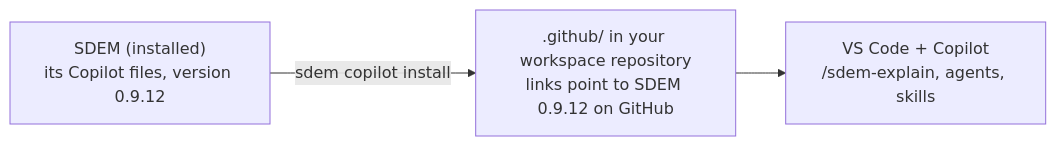
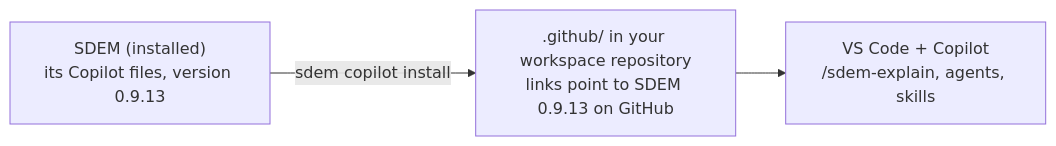
One commit to taumoeps/bian-sdem-framework changed the diagram in docs/design/sdem-copilot-install-design.md. Above: the diagram before and after it, drawn with Mermaid. The commit also changed 26 other files, not shown here.

````diff
--- a/docs/design/sdem-copilot-install-design.md
+++ b/docs/design/sdem-copilot-install-design.md
@@ -18,5 +18,5 @@
 ```mermaid
 flowchart LR
-    S["SDEM (installed)<br/>its Copilot files, version 0.9.12"] -- "sdem copilot install" --> E[".github/ in your workspace repository<br/>links point to SDEM 0.9.12 on GitHub"]
+    S["SDEM (installed)<br/>its Copilot files, version 0.9.13"] -- "sdem copilot install" --> E[".github/ in your workspace repository<br/>links point to SDEM 0.9.13 on GitHub"]
     E --> V["VS Code + Copilot<br/>/sdem-explain, agents, skills"]
 ```
````
